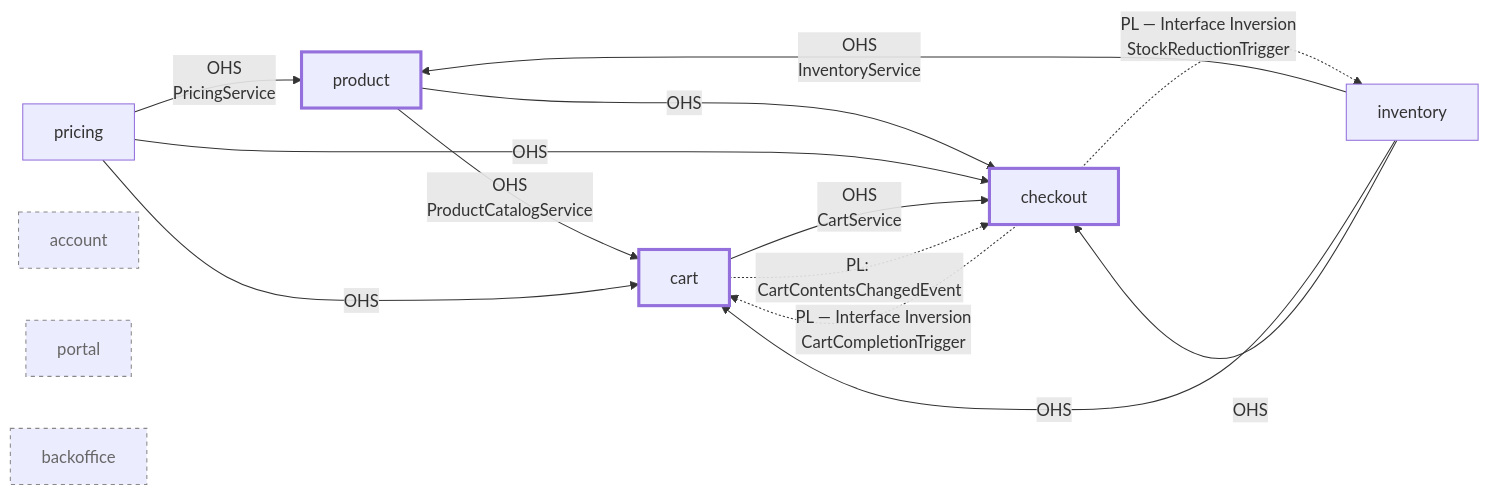
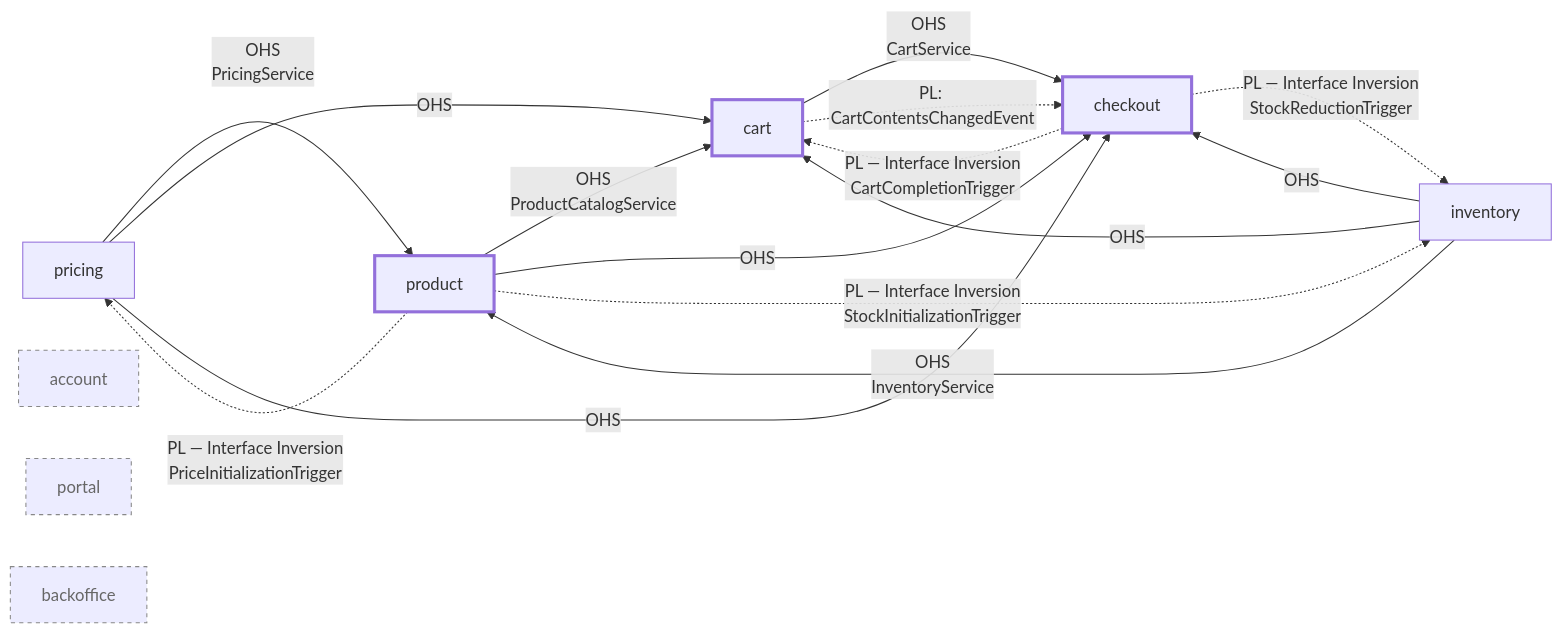
The diagram in docs/context-map.md (chbloemer/dca-ecommerce-sample), drawn with Mermaid before and after one commit. The commit also changed other lines of this file and 15 other files, not shown here.

First line of the commit message:
feat(pricing,inventory): initialise price and stock from the product event

````diff
--- a/docs/context-map.md
+++ b/docs/context-map.md
@@ -69,26 +71,28 @@
 ```mermaid
 graph LR
   pricing -->|OHS<br/>PricingService| product
   inventory -->|OHS<br/>InventoryService| product
   product -->|OHS<br/>ProductCatalogService| cart
   pricing -->|OHS| cart
   inventory -->|OHS| cart
   product -->|OHS| checkout
   pricing -->|OHS| checkout
   inventory -->|OHS| checkout
   cart -->|OHS<br/>CartService| checkout
   cart -.->|PL: CartContentsChangedEvent| checkout
   checkout -.->|PL — Interface Inversion<br/>CartCompletionTrigger| cart
   checkout -.->|PL — Interface Inversion<br/>StockReductionTrigger| inventory
+  product -.->|PL — Interface Inversion<br/>PriceInitializationTrigger| pricing
+  product -.->|PL — Interface Inversion<br/>StockInitializationTrigger| inventory
 
   product:::core
   cart:::core
   checkout:::core
 
   account:::sep
   portal:::sep
   backoffice:::sep
 
   classDef core stroke-width:3px;
   classDef sep stroke-dasharray: 4 4,stroke:#888,color:#666;
 ```
````
